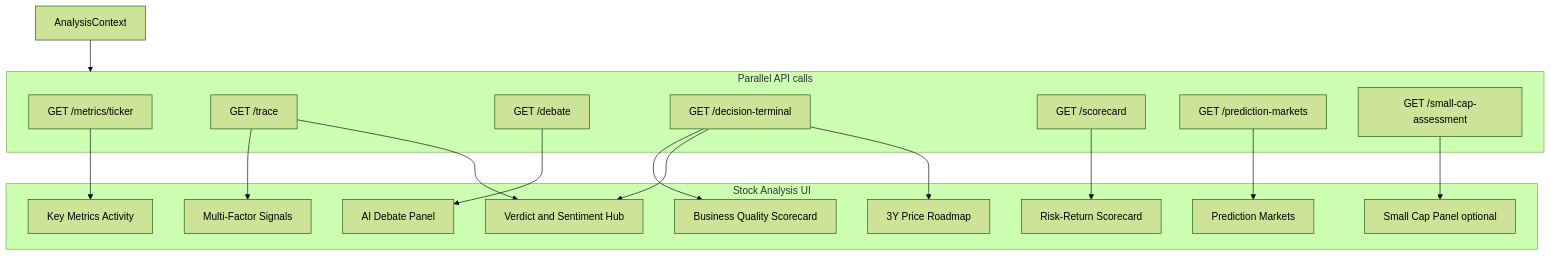
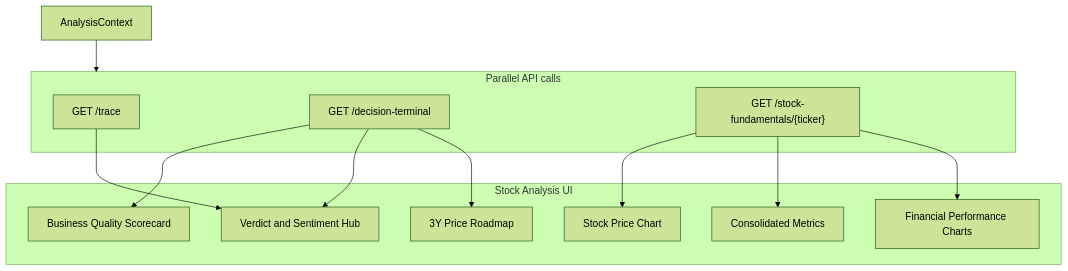
One commit to manojsilwal/tradetalkapp changed the diagram in docs/STOCK_ANALYSIS_METRICS.md. Above: the diagram before and after it, drawn with Mermaid (forest theme). The commit also changed other lines of this file and 7 other files, not shown here.

Commit message:
Redesign Stock Analysis dashboard to match pixel-perfect reference mockup. Introduce stock-fundamentals connector and endpoint, restructure page grid layout, and remove unused panels.

````diff
--- a/docs/STOCK_ANALYSIS_METRICS.md
+++ b/docs/STOCK_ANALYSIS_METRICS.md
@@ -41,34 +39,24 @@
 ```mermaid
 flowchart TB
   subgraph ui [Stock Analysis UI]
     Quality[Business Quality Scorecard]
+    Chart[Stock Price Chart]
     Verdict[Verdict and Sentiment Hub]
-    Scorecard[Risk-Return Scorecard]
     Roadmap[3Y Price Roadmap]
-    Swarm[Multi-Factor Signals]
-    KeyMetrics[Key Metrics Activity]
-    Debate[AI Debate Panel]
-    PredMkts[Prediction Markets]
-    SmallCap[Small Cap Panel optional]
+    Metrics[Consolidated Metrics]
+    Performance[Financial Performance Charts]
   end
   subgraph apis [Parallel API calls]
-    M["GET /metrics/ticker"]
     T["GET /trace"]
-    D["GET /debate"]
     DT["GET /decision-terminal"]
-    SC["GET /scorecard"]
-    PM["GET /prediction-markets"]
-    SA["GET /small-cap-assessment"]
+    SF["GET /stock-fundamentals/{ticker}"]
   end
   AnalysisContext --> apis
-  M --> KeyMetrics
-  T --> Swarm
   T --> Verdict
-  D --> Debate
   DT --> Quality
   DT --> Verdict
   DT --> Roadmap
-  SC --> Scorecard
-  PM --> PredMkts
-  SA --> SmallCap
+  SF --> Chart
+  SF --> Metrics
+  SF --> Performance
 ```
````
